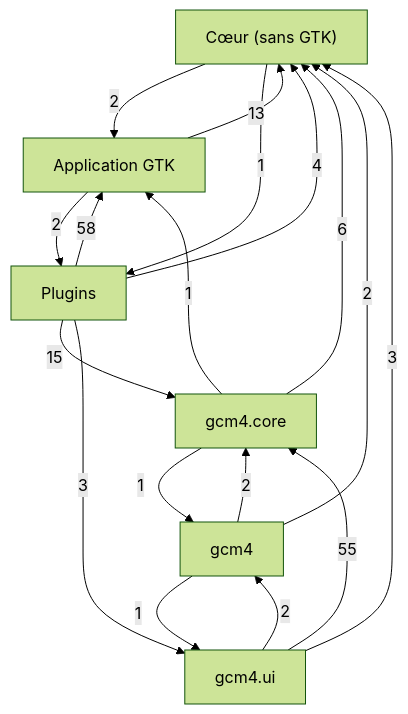
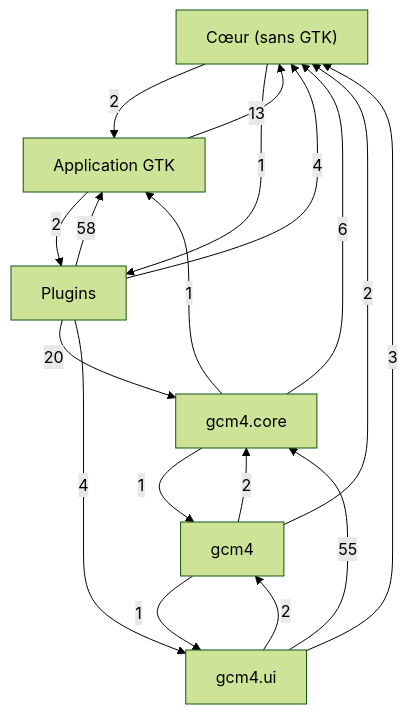
The first of 7 diagrams in docs/class-diagram.md (Mathilde-Team/Gcm4), drawn with Mermaid (forest theme) before and after one commit. The commit also changed other lines of this file and 2 other files, not shown here.

Commit message:
fix(#179): diagramme régénéré après commit, référence .pot ipmisol, Rocky écarte test_plugin_ipmisol

````diff
--- a/docs/class-diagram.md
+++ b/docs/class-diagram.md
@@ -21,26 +21,26 @@
 ```mermaid
 flowchart TD
     g0["Cœur (sans GTK)"]
     g1["Application GTK"]
     g2["Plugins"]
     g3["gcm4"]
     g4["gcm4.core"]
     g5["gcm4.ui"]
     g1 -->|13| g0
     g1 -->|2| g2
     g0 -->|2| g1
     g0 -->|1| g2
     g2 -->|58| g1
     g2 -->|4| g0
-    g2 -->|15| g4
-    g2 -->|3| g5
+    g2 -->|20| g4
+    g2 -->|4| g5
     g3 -->|2| g0
     g3 -->|2| g4
     g3 -->|1| g5
     g4 -->|1| g1
     g4 -->|6| g0
     g4 -->|1| g3
     g5 -->|3| g0
     g5 -->|2| g3
     g5 -->|55| g4
 ```
````
